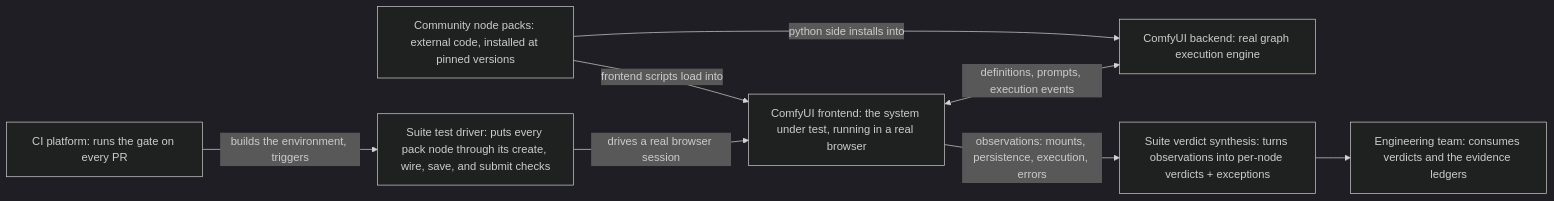
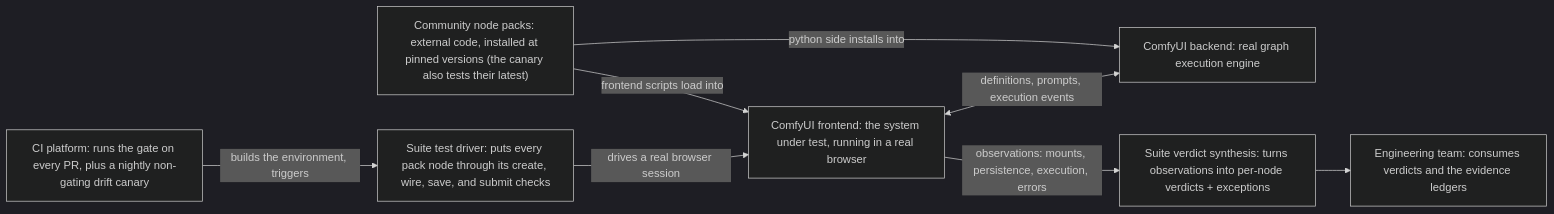
Before and after one commit to Comfy-Org/ComfyUI_frontend: the second of 10 diagrams in browser_tests/tests/customNodes/ARCHITECTURE.md, drawn with Mermaid (dark theme). The commit also changed other lines of this file and 3 other files, not shown here.

````diff
--- a/browser_tests/tests/customNodes/ARCHITECTURE.md
+++ b/browser_tests/tests/customNodes/ARCHITECTURE.md
@@ -148,18 +148,18 @@
 ```mermaid
 %%{init: {"flowchart": {"wrappingWidth": 220}}}%%
 flowchart LR
-    CIP["CI platform: runs the gate on every PR"]
-    PACKS["Community node packs: external code, installed at pinned versions"]
+    CIP["CI platform: runs the gate on every PR, plus a nightly non-gating drift canary"]
+    PACKS["Community node packs: external code, installed at pinned versions (the canary also tests their latest)"]
     DRIVER["Suite test driver: puts every pack node through its create, wire, save, and submit checks"]
     FE["ComfyUI frontend: the system under test, running in a real browser"]
     BE["ComfyUI backend: real graph execution engine"]
     SYN["Suite verdict synthesis: turns observations into per-node verdicts + exceptions"]
     TEAM["Engineering team: consumes verdicts and the evidence ledgers"]
     CIP -->|"builds the environment, triggers"| DRIVER
     DRIVER -->|"drives a real browser session"| FE
     FE <-->|"definitions, prompts, execution events"| BE
     FE -->|"observations: mounts, persistence, execution, errors"| SYN
     SYN --> TEAM
     PACKS -->|"frontend scripts load into"| FE
     PACKS -->|"python side installs into"| BE
 ```
````
